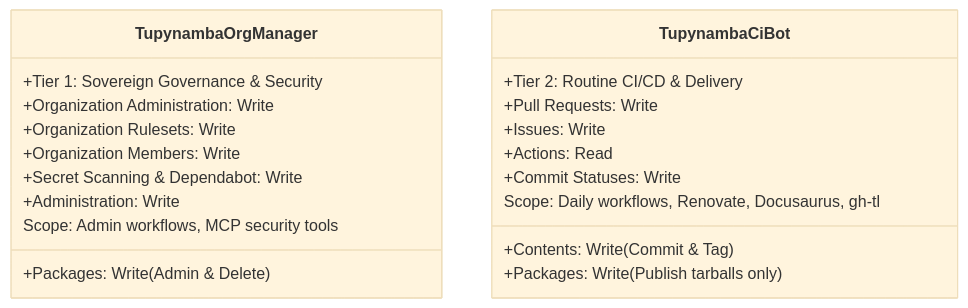
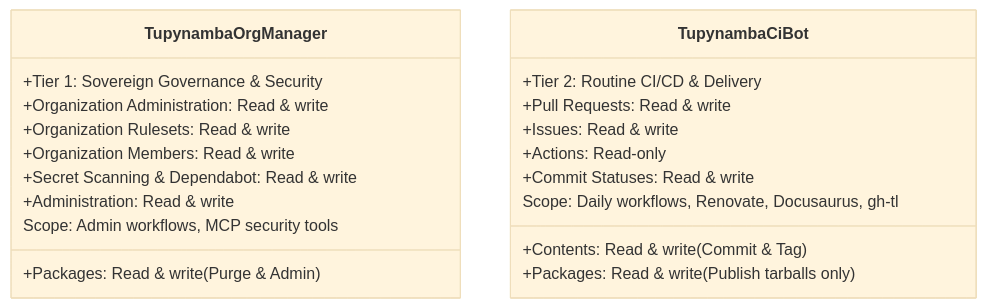
One commit to tupynambalucas-dev/.github changed the fourth of 6 diagrams in .agents/analyses/github-app-organizational-architecture-and-setup-guide.md. Above: the diagram before and after it, drawn with Mermaid (base theme). The commit also changed other lines of this file, not shown here.

Commit message:
docs(identity): add manual setup guide and webhook architecture (#23)

````diff
--- a/.agents/analyses/github-app-organizational-architecture-and-setup-guide.md
+++ b/.agents/analyses/github-app-organizational-architecture-and-setup-guide.md
@@ -132,24 +207,24 @@
 ```mermaid
 classDiagram
     class TupynambaOrgManager {
         +Tier 1: Sovereign Governance & Security
-        +Organization Administration: Write
-        +Organization Rulesets: Write
-        +Organization Members: Write
-        +Packages: Write (Admin & Delete)
-        +Secret Scanning & Dependabot: Write
-        +Administration: Write
+        +Organization Administration: Read & write
+        +Organization Rulesets: Read & write
+        +Organization Members: Read & write
+        +Packages: Read & write (Purge & Admin)
+        +Secret Scanning & Dependabot: Read & write
+        +Administration: Read & write
         Scope: Admin workflows, MCP security tools
     }
 
     class TupynambaCiBot {
         +Tier 2: Routine CI/CD & Delivery
-        +Contents: Write (Commit & Tag)
-        +Pull Requests: Write
-        +Issues: Write
-        +Actions: Read
-        +Packages: Write (Publish tarballs only)
-        +Commit Statuses: Write
+        +Contents: Read & write (Commit & Tag)
+        +Pull Requests: Read & write
+        +Issues: Read & write
+        +Actions: Read-only
+        +Packages: Read & write (Publish tarballs only)
+        +Commit Statuses: Read & write
         Scope: Daily workflows, Renovate, Docusaurus, gh-tl
     }
 ```
````
